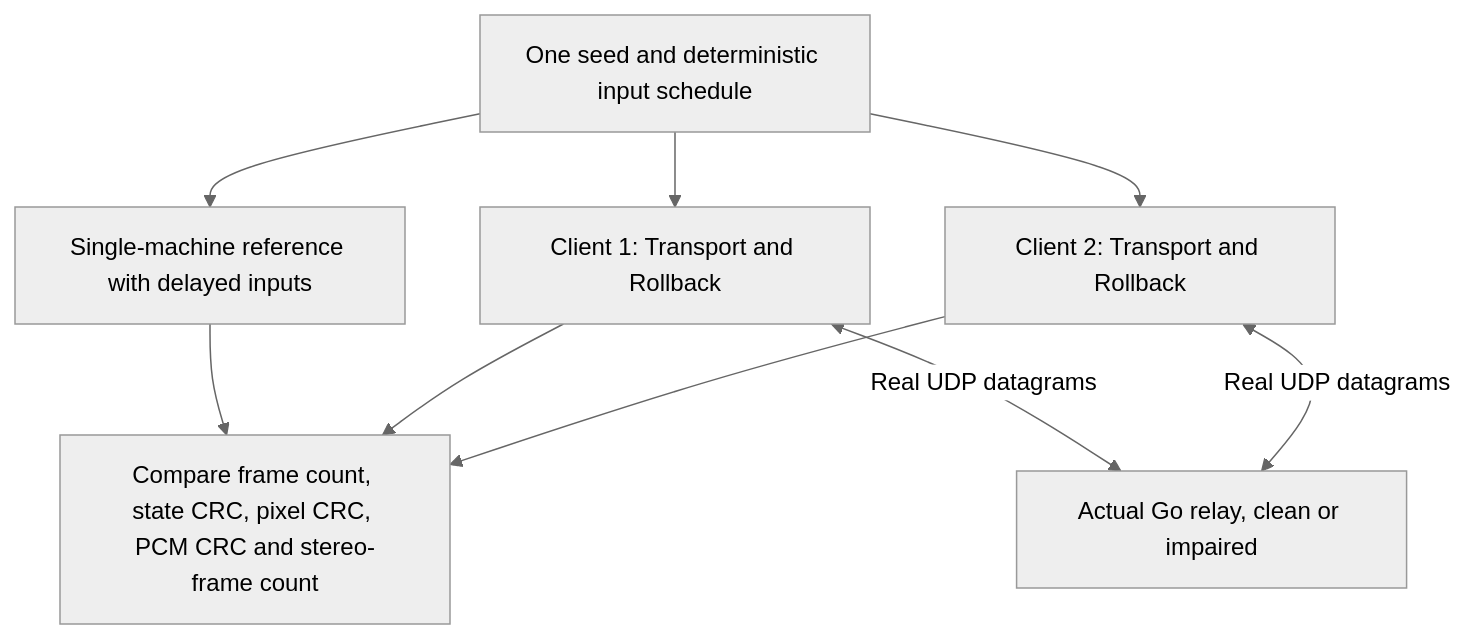
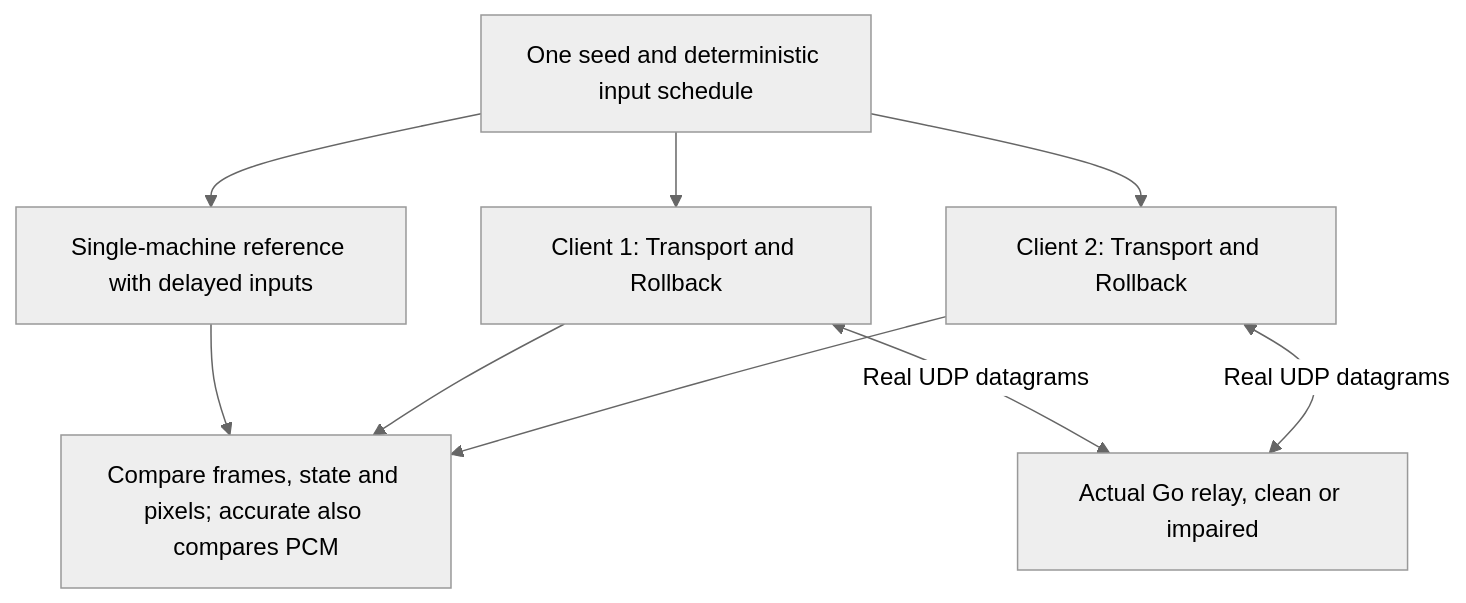
Before and after one commit to ansxor/f3-recomp: the diagram in docs/site/developer/netplay/oracle.md, drawn with Mermaid (neutral theme). The commit also changed other lines of this file and 43 other files, not shown here.

````diff
--- a/docs/site/developer/netplay/oracle.md
+++ b/docs/site/developer/netplay/oracle.md
@@ -13,11 +15,11 @@
 ```mermaid
 flowchart TB
   I["One seed and deterministic input schedule"] --> R["Single-machine reference with delayed inputs"]
   I --> A["Client 1: Transport and Rollback"]
   I --> B["Client 2: Transport and Rollback"]
   A <-->|"Real UDP datagrams"| S["Actual Go relay, clean or impaired"]
   B <-->|"Real UDP datagrams"| S
-  R --> C["Compare frame count, state CRC, pixel CRC, PCM CRC and stereo-frame count"]
+  R --> C["Compare frames, state and pixels; accurate also compares PCM"]
   A --> C
   B --> C
 ```
````
